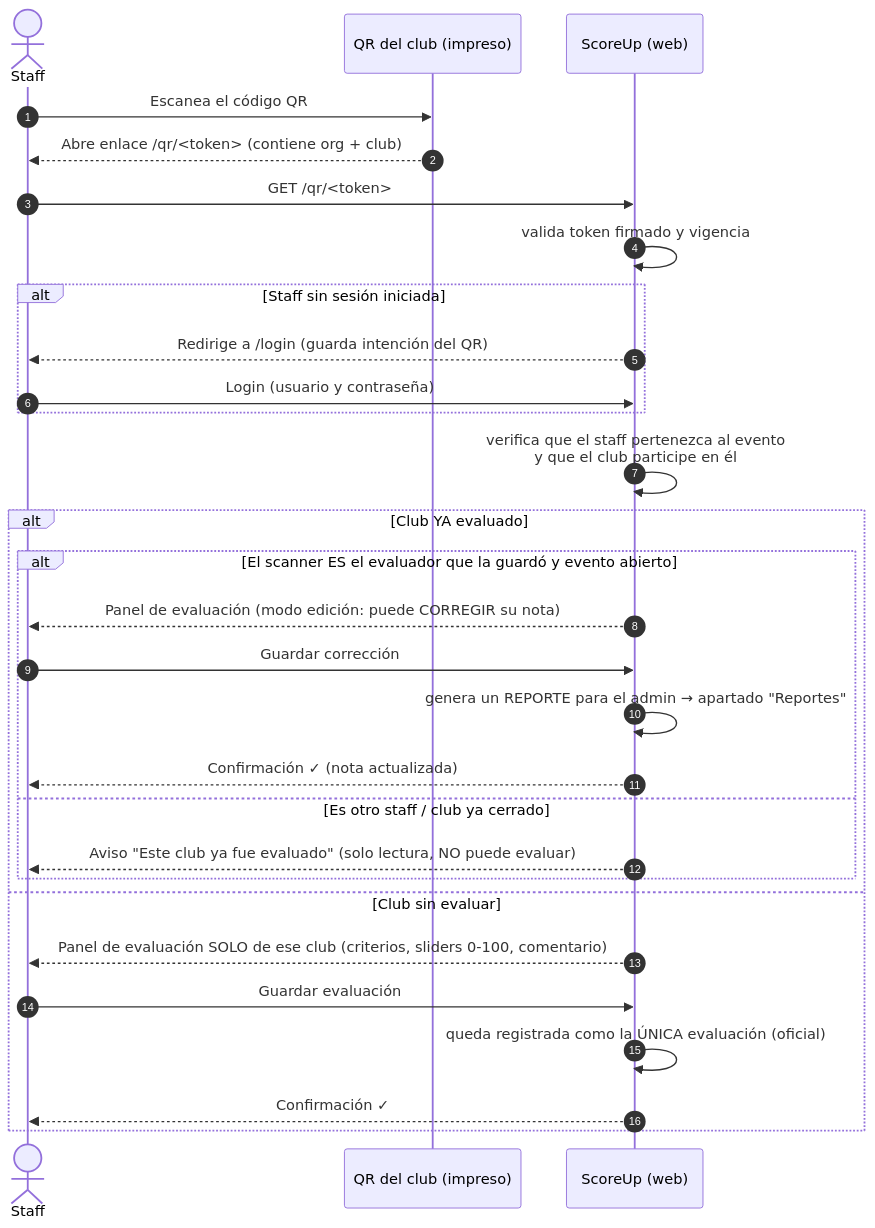
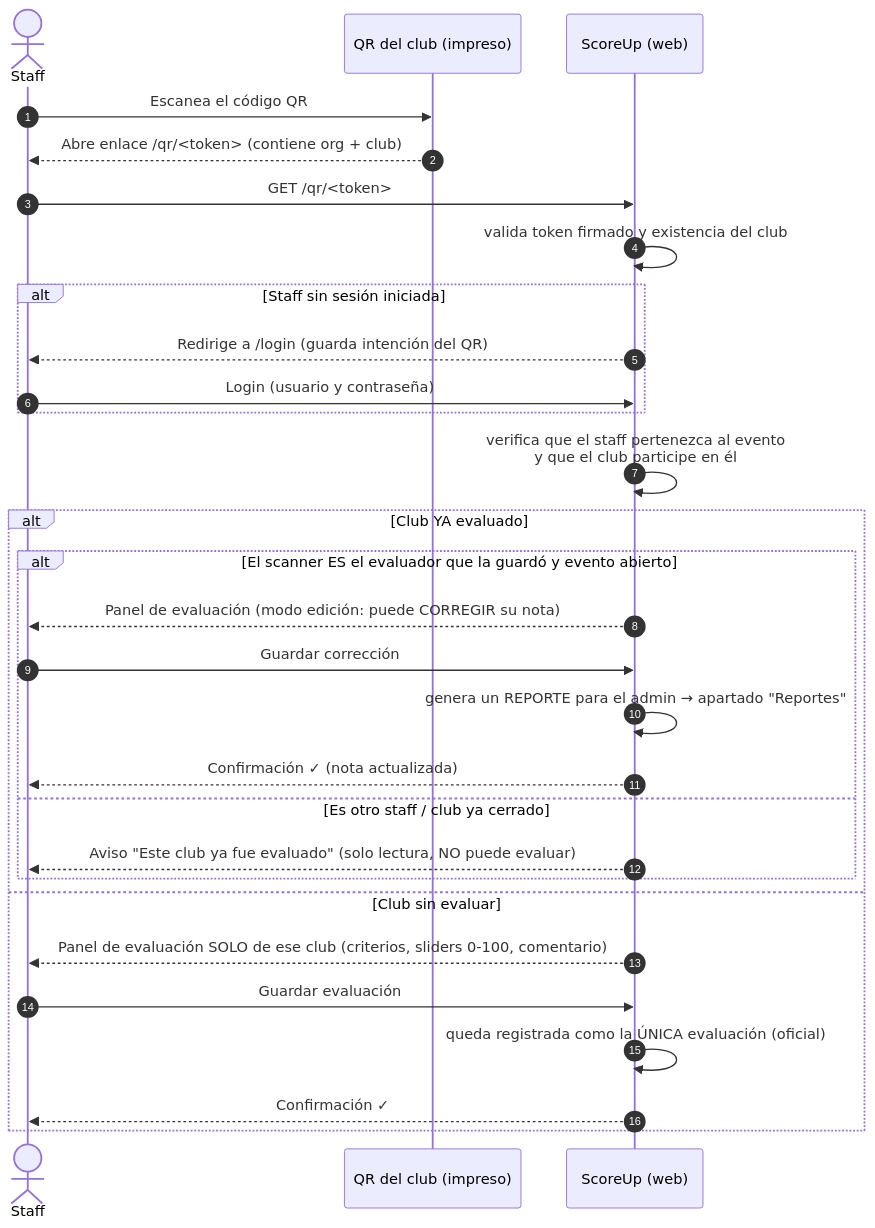
The third of 5 diagrams in documents/DIAGRAMA_QR.md (JuanFernandoNina/scoreup), drawn with Mermaid before and after one commit. The commit also changed other lines of this file and 85 other files, not shown here.

````diff
--- a/documents/DIAGRAMA_QR.md
+++ b/documents/DIAGRAMA_QR.md
@@ -53,32 +55,32 @@
 ```mermaid
 sequenceDiagram
     autonumber
     actor Staff
     participant Q as QR del club (impreso)
     participant S as ScoreUp (web)
 
     Staff->>Q: Escanea el código QR
     Q-->>Staff: Abre enlace /qr/<token> (contiene org + club)
     Staff->>S: GET /qr/<token>
-    S->>S: valida token firmado y vigencia
+    S->>S: valida token firmado y existencia del club
     alt Staff sin sesión iniciada
         S-->>Staff: Redirige a /login (guarda intención del QR)
         Staff->>S: Login (usuario y contraseña)
     end
     S->>S: verifica que el staff pertenezca al evento<br/>y que el club participe en él
     alt Club YA evaluado
         alt El scanner ES el evaluador que la guardó y evento abierto
             S-->>Staff: Panel de evaluación (modo edición: puede CORREGIR su nota)
             Staff->>S: Guardar corrección
             S->>S: genera un REPORTE para el admin → apartado "Reportes"
             S-->>Staff: Confirmación ✓ (nota actualizada)
         else Es otro staff / club ya cerrado
             S-->>Staff: Aviso "Este club ya fue evaluado" (solo lectura, NO puede evaluar)
         end
     else Club sin evaluar
         S-->>Staff: Panel de evaluación SOLO de ese club (criterios, sliders 0-100, comentario)
         Staff->>S: Guardar evaluación
         S->>S: queda registrada como la ÚNICA evaluación (oficial)
         S-->>Staff: Confirmación ✓
     end
 ```
````
